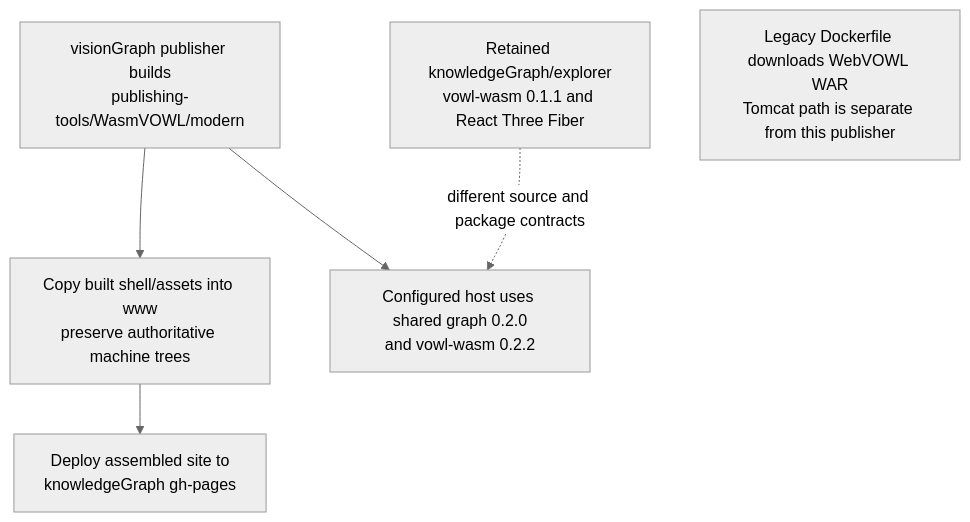
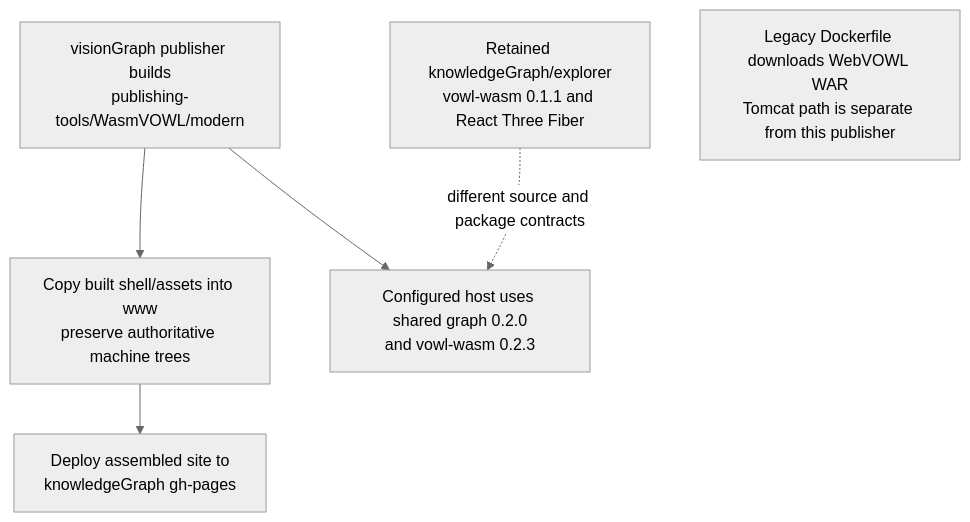
Before and after one commit to DreamLab-AI/VisionFlow: the first of 6 diagrams in docs/diagrams/visiongraph/06-shipping-explorer-duplication.md, drawn with Mermaid (neutral theme). The commit also changed other lines of this file and 49 other files, not shown here.

First line of the commit message:
docs(diagrams): re-derive and re-stamp VisionClaw, estate, knowledge-graph, visionGraph, VisionFlow and sidestr topics

````diff
--- a/docs/diagrams/visiongraph/06-shipping-explorer-duplication.md
+++ b/docs/diagrams/visiongraph/06-shipping-explorer-duplication.md
@@ -42,17 +42,17 @@
 ```mermaid
 flowchart TB
-    %% Source: ../visionGraph/.github/workflows/publish.yml:421
+    %% Source: ../visionGraph/.github/workflows/publish.yml:430
     A["visionGraph publisher builds<br/>publishing-tools/WasmVOWL/modern"]
-    %% Source: ../visionGraph/.github/workflows/publish.yml:441
+    %% Source: ../visionGraph/.github/workflows/publish.yml:450
     A --> B["Copy built shell/assets into www<br/>preserve authoritative machine trees"]
-    %% Source: ../visionGraph/.github/workflows/publish.yml:526
+    %% Source: ../visionGraph/.github/workflows/publish.yml:535
     B --> C["Deploy assembled site to<br/>knowledgeGraph gh-pages"]
     %% Source: ../knowledgeGraph/explorer/modern/package.json:20
     D["Retained knowledgeGraph/explorer<br/>vowl-wasm 0.1.1 and React Three Fiber"]
     %% Source: ../visionGraph/publishing-tools/WasmVOWL/modern/package.json:24
-    A --> E["Configured host uses shared graph 0.2.0<br/>and vowl-wasm 0.2.2"]
+    A --> E["Configured host uses shared graph 0.2.0<br/>and vowl-wasm 0.2.3"]
     D -.->|"different source and package contracts"| E
     %% Source: ../visionGraph/publishing-tools/WasmVOWL/Dockerfile:6
     %% Source: ../visionGraph/publishing-tools/WasmVOWL/Dockerfile:13
     F["Legacy Dockerfile downloads WebVOWL WAR<br/>Tomcat path is separate from this publisher"]
 ```
````
